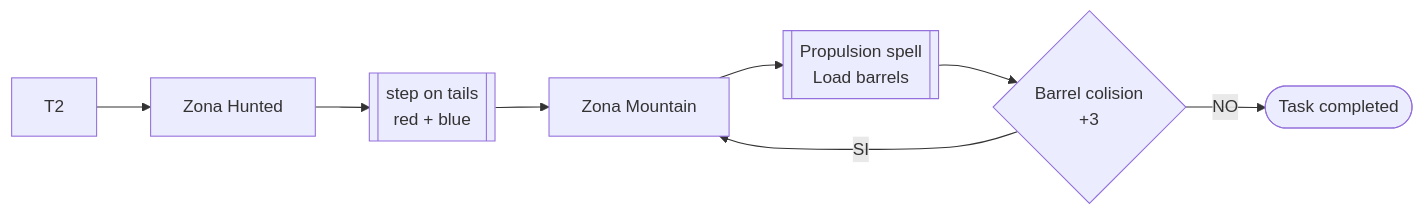
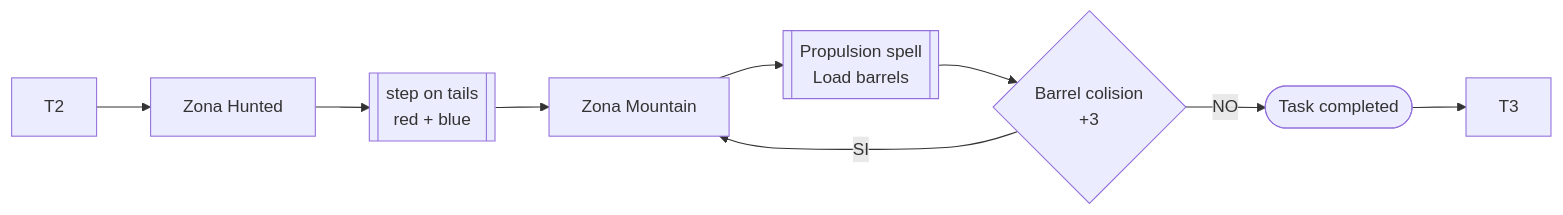
The third of 4 diagrams in README.md (DEV25-G03/DEV25-G03-P2), drawn with Mermaid before and after one commit. The commit also changed other lines of this file, not shown here.

````diff
--- a/README.md
+++ b/README.md
@@ -162,10 +163,11 @@
 ```mermaid
 flowchart LR
     T2 --> ZH2[Zona Hunted]
     ZH2 --> ST2[[step on tails<br>red + blue]]
     ST2 --> ZM2[Zona Mountain]
     ZM2 --> PS[[Propulsion spell<br>Load barrels]]
     PS --> BC{Barrel colision<br>+3}
     BC --> |SI| ZM2
     BC --> |NO| TC2([Task completed])
+    TC2 --> T3
 ```
````
